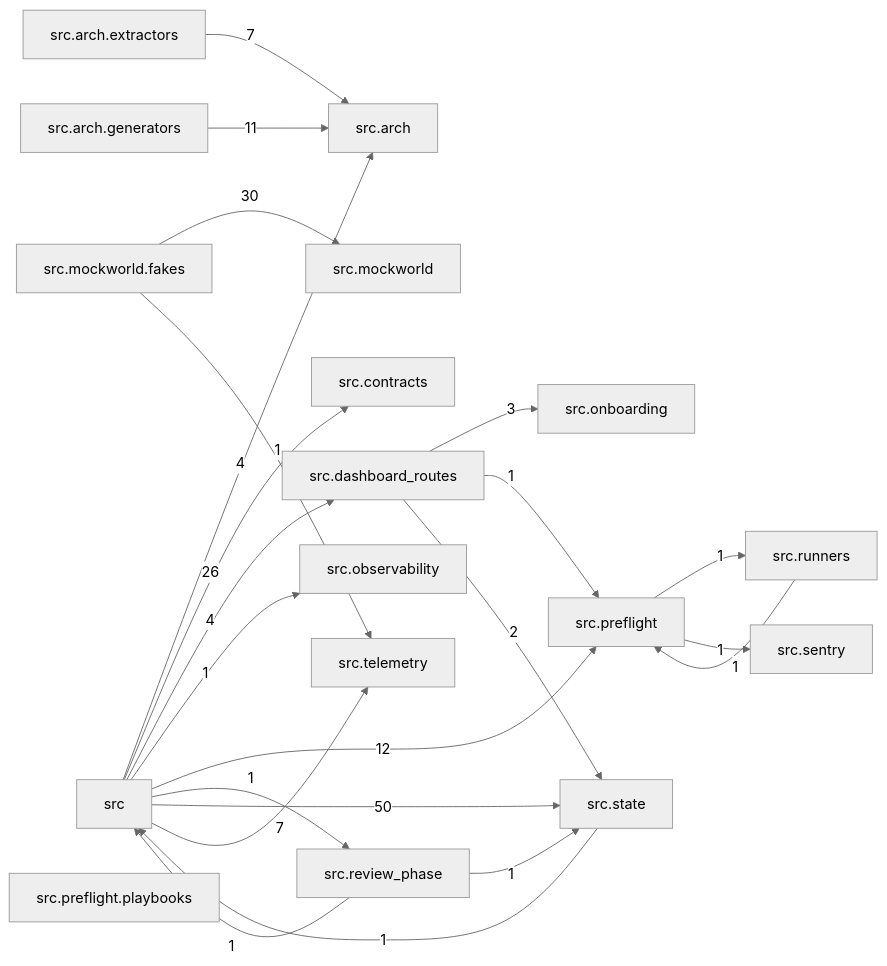
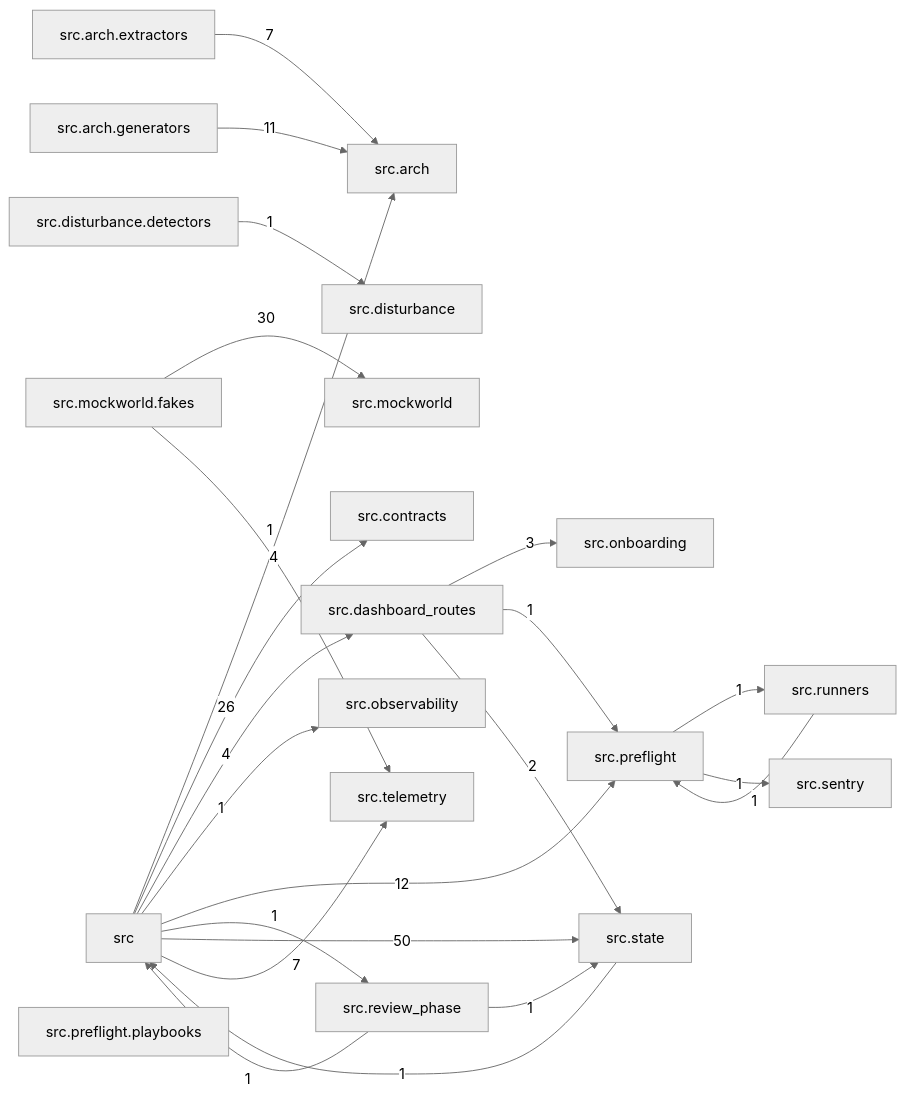
One commit to T-rav/hydraflow changed the diagram in docs/arch/generated/modules.md. Above: the diagram before and after it, drawn with Mermaid (neutral theme). The commit also changed 7 other files, not shown here.

````diff
--- a/docs/arch/generated/modules.md
+++ b/docs/arch/generated/modules.md
@@ -7,41 +7,44 @@
 ```mermaid
 graph LR
     src["src"]
     src_arch["src.arch"]
     src_arch_extractors["src.arch.extractors"]
     src_arch_generators["src.arch.generators"]
     src_contracts["src.contracts"]
     src_dashboard_routes["src.dashboard_routes"]
+    src_disturbance["src.disturbance"]
+    src_disturbance_detectors["src.disturbance.detectors"]
     src_mockworld["src.mockworld"]
     src_mockworld_fakes["src.mockworld.fakes"]
     src_observability["src.observability"]
     src_onboarding["src.onboarding"]
     src_preflight["src.preflight"]
     src_preflight_playbooks["src.preflight.playbooks"]
     src_review_phase["src.review_phase"]
     src_runners["src.runners"]
     src_sentry["src.sentry"]
     src_state["src.state"]
     src_telemetry["src.telemetry"]
     src -- "4" --> src_arch
     src -- "26" --> src_contracts
     src -- "4" --> src_dashboard_routes
     src -- "1" --> src_observability
     src -- "12" --> src_preflight
     src -- "1" --> src_review_phase
     src -- "50" --> src_state
     src -- "7" --> src_telemetry
     src_arch_extractors -- "7" --> src_arch
     src_arch_generators -- "11" --> src_arch
     src_dashboard_routes -- "3" --> src_onboarding
     src_dashboard_routes -- "1" --> src_preflight
     src_dashboard_routes -- "2" --> src_state
+    src_disturbance_detectors -- "1" --> src_disturbance
     src_mockworld_fakes -- "30" --> src_mockworld
     src_mockworld_fakes -- "1" --> src_telemetry
     src_preflight -- "1" --> src_runners
     src_preflight -- "1" --> src_sentry
     src_review_phase -- "1" --> src
     src_review_phase -- "1" --> src_state
     src_runners -- "1" --> src_preflight
     src_state -- "1" --> src
 ```
````
